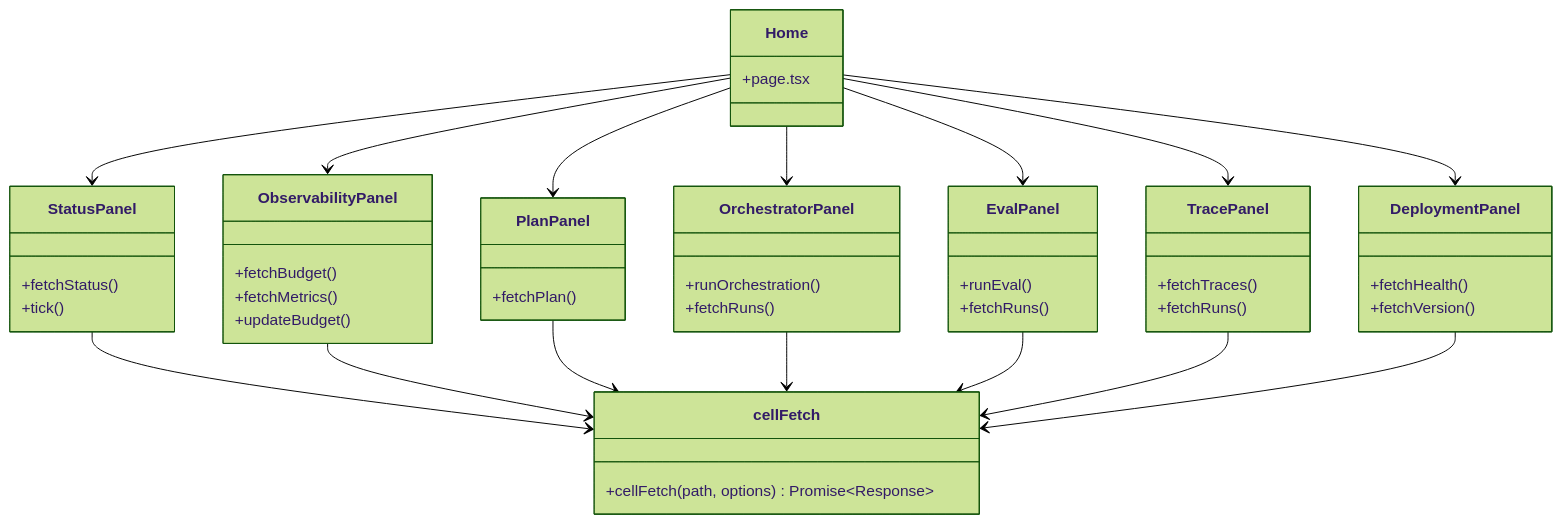
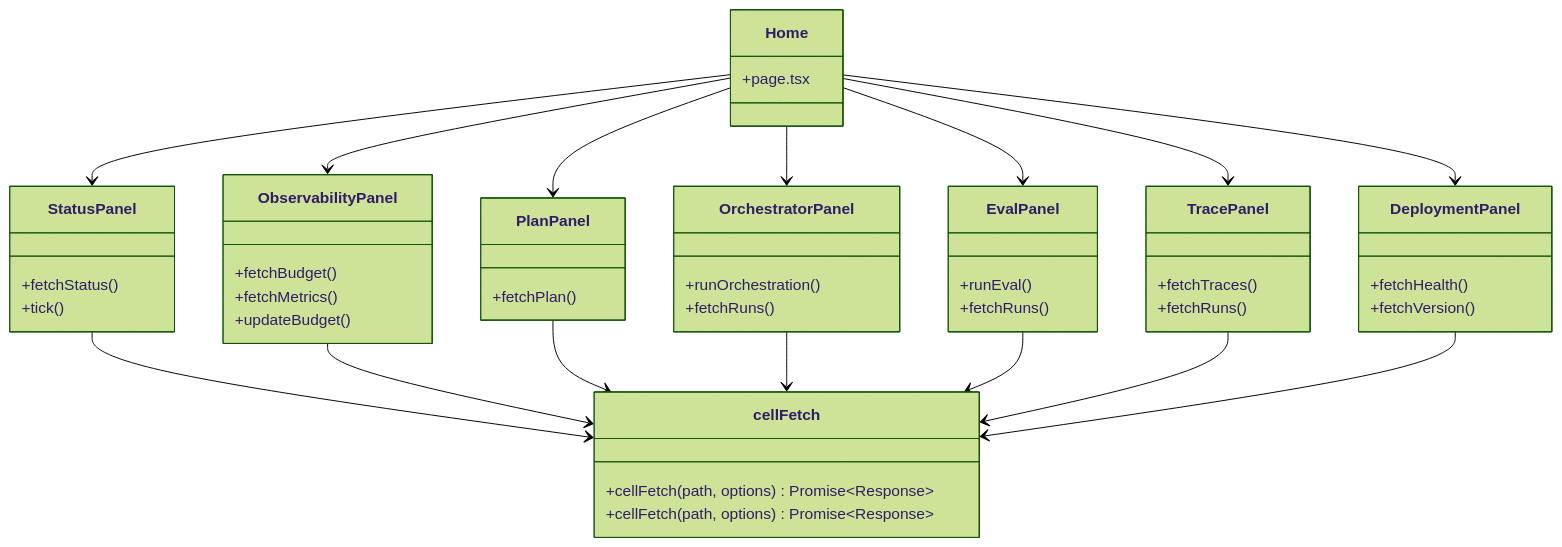
The eighth of 8 diagrams in docs/CLASS_DIAGRAMS.md (rajataijarvis-coder/build-long-running-cell), drawn with Mermaid (forest theme) before and after one commit. The commit also changed other lines of this file and 1 other file, not shown here.

Commit message:
P2.3: review and update sequence and class diagrams for current code

````diff
--- a/docs/CLASS_DIAGRAMS.md
+++ b/docs/CLASS_DIAGRAMS.md
@@ -545,60 +596,64 @@
 ```mermaid
 classDiagram
     class Home {
         +page.tsx
+    }
+
+    class cellFetch {
+        +cellFetch(path, options) Promise~Response~
     }
 
     class StatusPanel {
         +fetchStatus()
         +tick()
     }
 
     class ObservabilityPanel {
         +fetchBudget()
         +fetchMetrics()
         +updateBudget()
     }
 
     class PlanPanel {
         +fetchPlan()
     }
 
     class OrchestratorPanel {
         +runOrchestration()
         +fetchRuns()
     }
 
     class EvalPanel {
         +runEval()
         +fetchRuns()
     }
 
     class TracePanel {
         +fetchTraces()
         +fetchRuns()
     }
 
     class DeploymentPanel {
         +fetchHealth()
         +fetchVersion()
     }
 
     class cellFetch {
         +cellFetch(path, options) Promise~Response~
     }
 
     Home --> StatusPanel
     Home --> ObservabilityPanel
     Home --> PlanPanel
     Home --> OrchestratorPanel
     Home --> EvalPanel
     Home --> TracePanel
     Home --> DeploymentPanel
     StatusPanel --> cellFetch
     ObservabilityPanel --> cellFetch
     PlanPanel --> cellFetch
     OrchestratorPanel --> cellFetch
     EvalPanel --> cellFetch
     TracePanel --> cellFetch
     DeploymentPanel --> cellFetch
 ```
````
